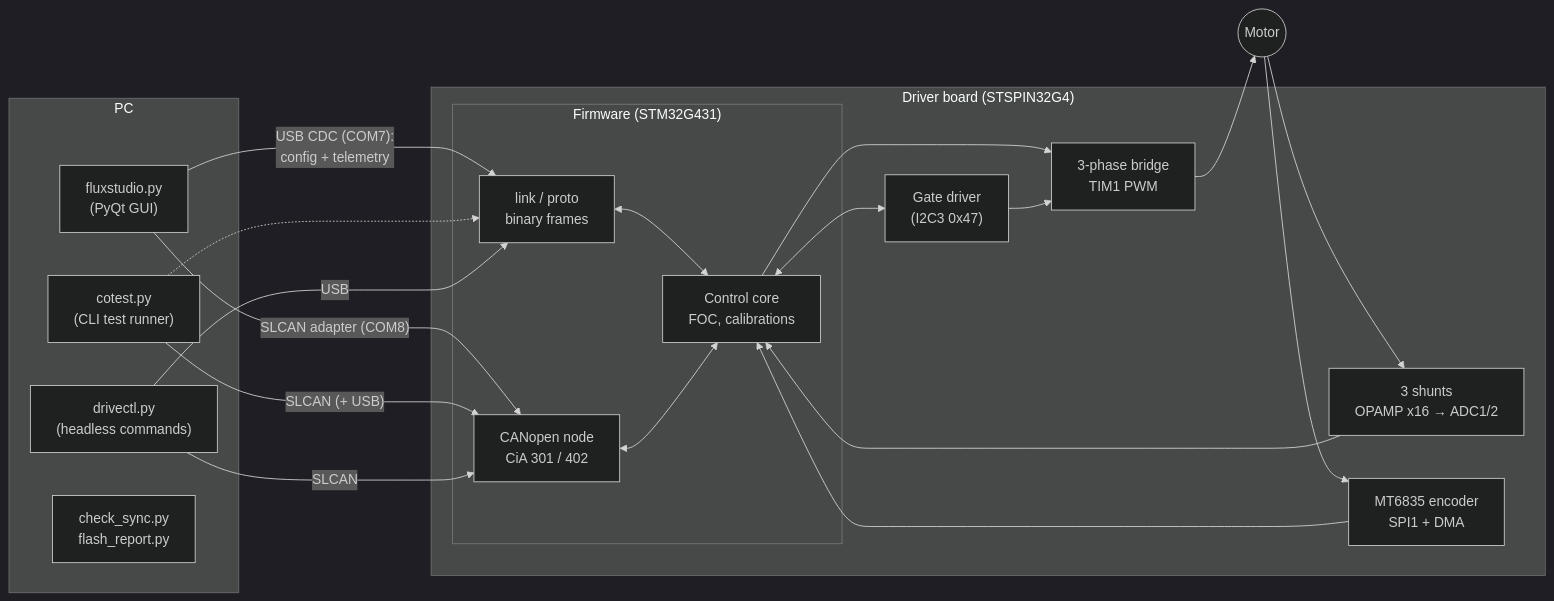
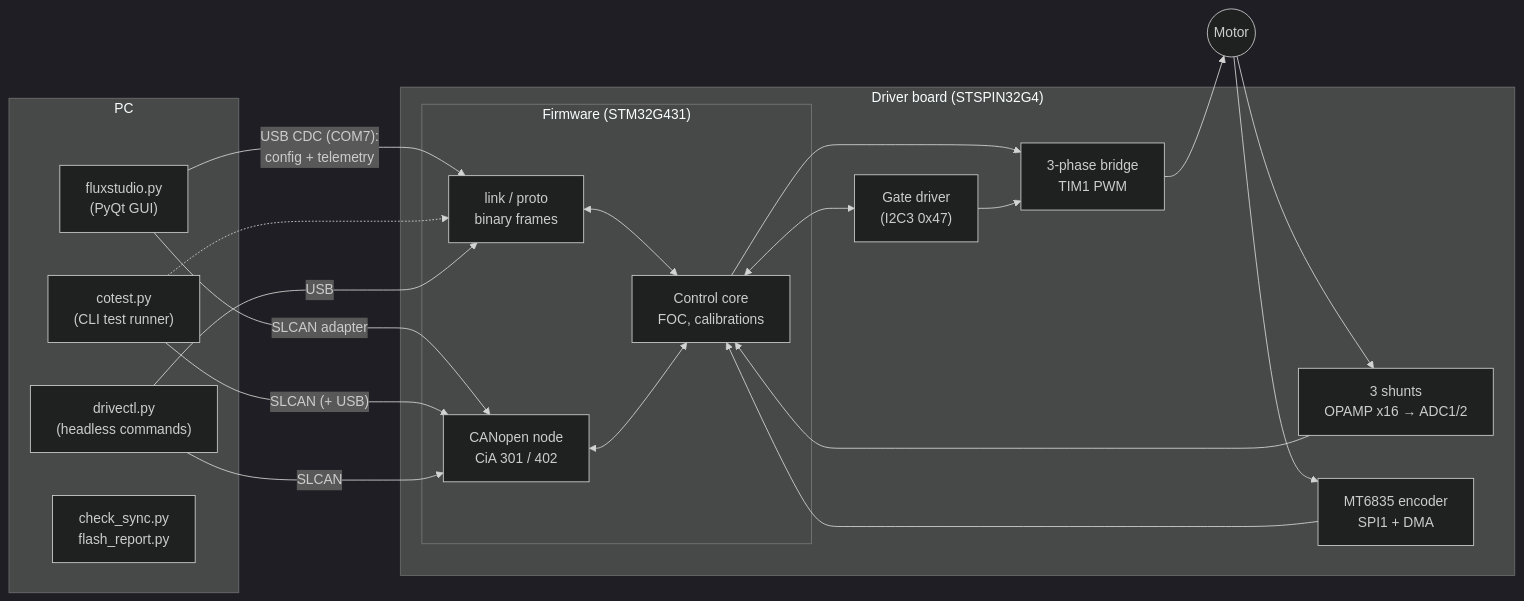
Before and after one commit to alanhpereira/fluxdrive-g4: the first of 15 diagrams in docs/software-structure.md, drawn with Mermaid (dark theme). The commit also changed 6 other files, not shown here.

First line of the commit message:
Find the SLCAN adapter by its USB ids instead of defaulting to COM8

````diff
--- a/docs/software-structure.md
+++ b/docs/software-structure.md
@@ -27,38 +27,38 @@
 ```mermaid
 flowchart LR
     subgraph PC["PC"]
         PL["fluxstudio.py<br/>(PyQt GUI)"]
         CT["cotest.py<br/>(CLI test runner)"]
         DC["drivectl.py<br/>(headless commands)"]
         CS["check_sync.py<br/>flash_report.py"]
     end
 
     subgraph DRV["Driver board (STSPIN32G4)"]
         subgraph FW["Firmware (STM32G431)"]
             LINK["link / proto<br/>binary frames"]
             CO["CANopen node<br/>CiA 301 / 402"]
             CTRL["Control core<br/>FOC, calibrations"]
         end
         GD["Gate driver<br/>(I2C3 0x47)"]
         BR["3-phase bridge<br/>TIM1 PWM"]
         SH["3 shunts<br/>OPAMP x16 → ADC1/2"]
         ENC["MT6835 encoder<br/>SPI1 + DMA"]
     end
 
     MOT(("Motor"))
 
     PL -- "USB CDC (COM7):<br/>config + telemetry" --> LINK
-    PL -- "SLCAN adapter (COM8)" --> CO
+    PL -- "SLCAN adapter" --> CO
     CT -- "SLCAN (+ USB)" --> CO
     CT -.-> LINK
     DC -- "USB" --> LINK
     DC -- "SLCAN" --> CO
     LINK <--> CTRL
     CO <--> CTRL
     CTRL --> BR
     CTRL <--> GD
     GD --> BR
     BR --> MOT
     MOT --> SH --> CTRL
     MOT --> ENC --> CTRL
 ```
````
